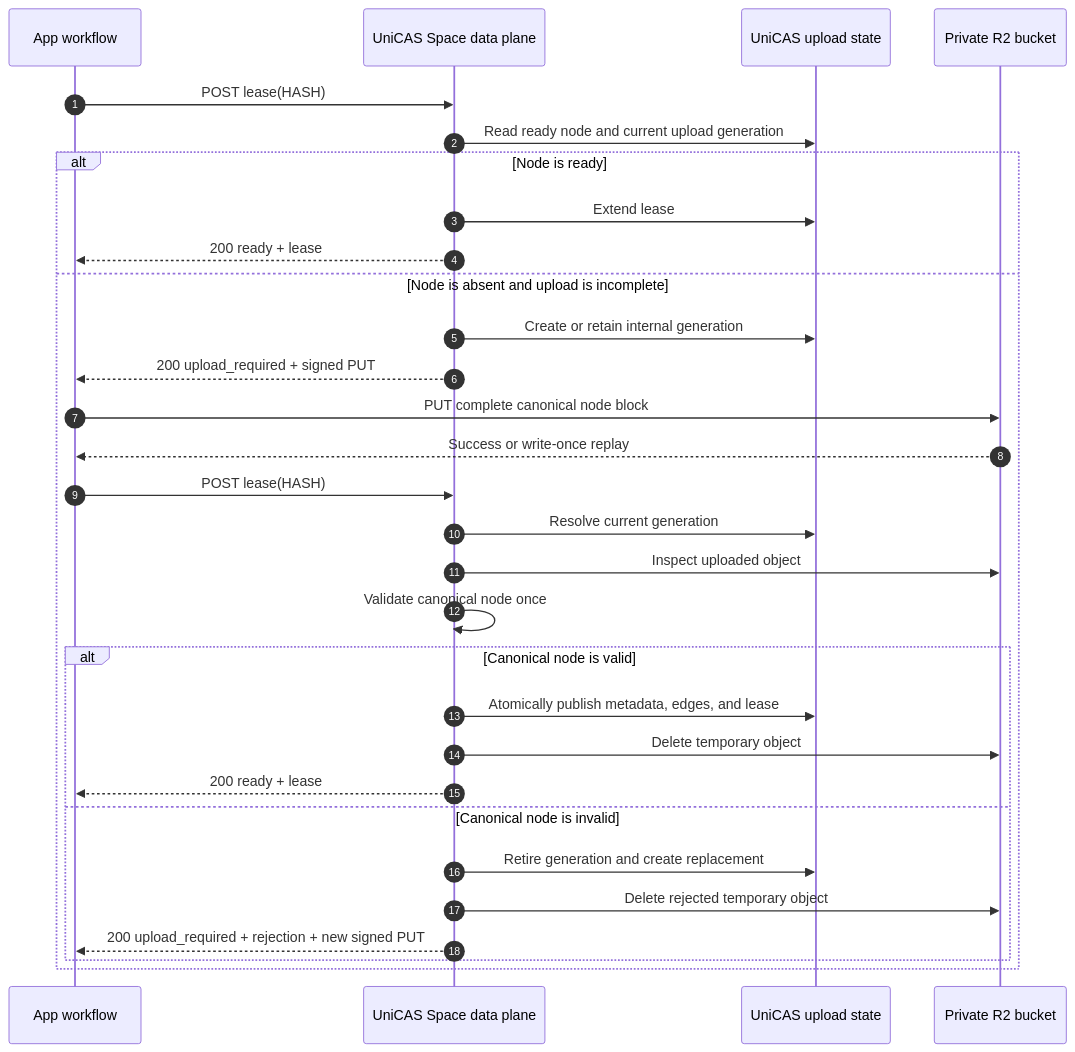
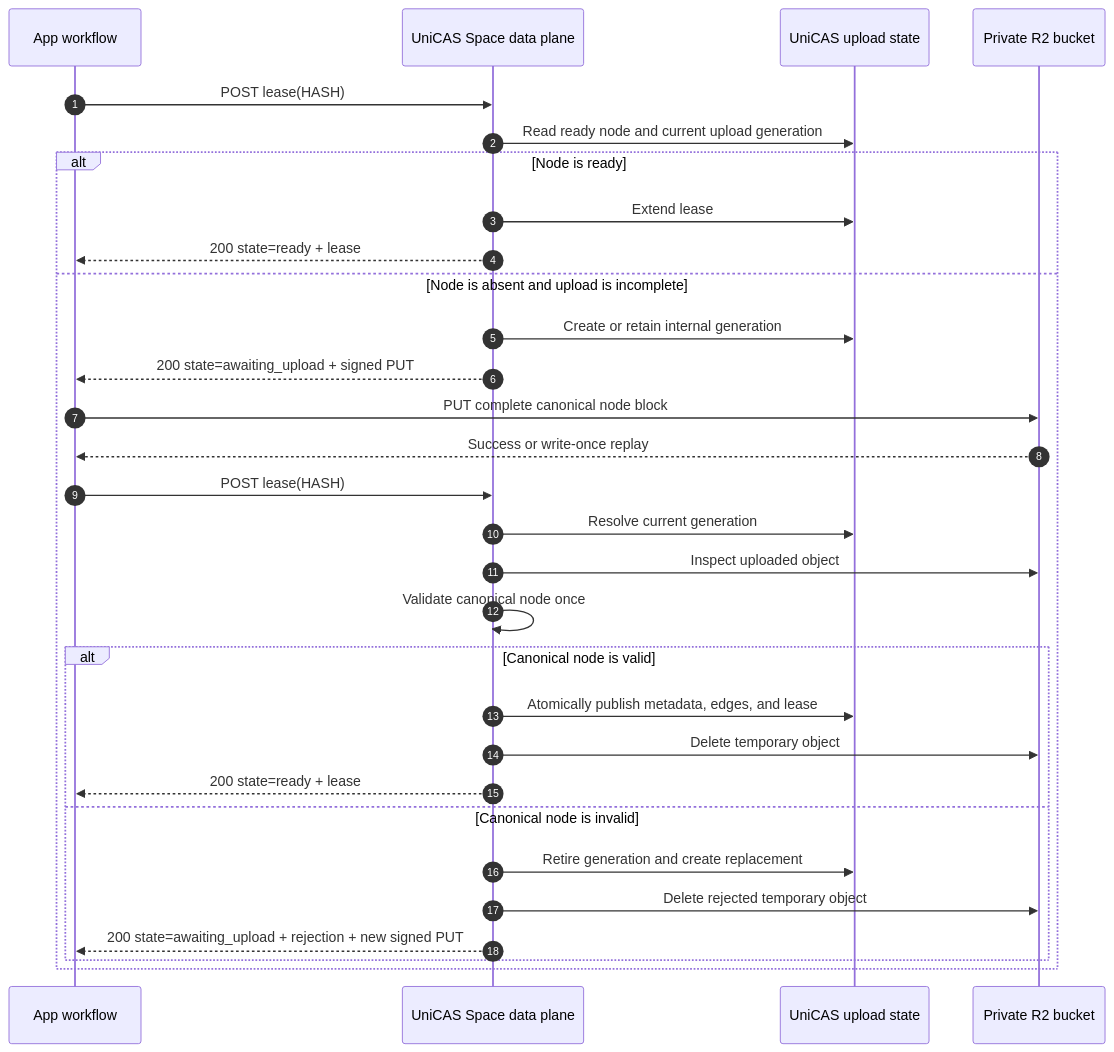
The first of 2 diagrams in tasks/complete-direct-node-upload/LeaseUploadDesign.md (shazhou-ww/unicas), drawn with Mermaid before and after one commit. The commit also changed other lines of this file, not shown here.

Commit message:
docs: align lease responses with upload states

````diff
--- a/tasks/complete-direct-node-upload/LeaseUploadDesign.md
+++ b/tasks/complete-direct-node-upload/LeaseUploadDesign.md
@@ -149,33 +172,33 @@
 ```mermaid
 sequenceDiagram
     autonumber
     participant App as App workflow
     participant CAS as UniCAS Space data plane
     participant State as UniCAS upload state
     participant R2 as Private R2 bucket
 
     App->>CAS: POST lease(HASH)
     CAS->>State: Read ready node and current upload generation
     alt Node is ready
         CAS->>State: Extend lease
-        CAS-->>App: 200 ready + lease
+        CAS-->>App: 200 state=ready + lease
     else Node is absent and upload is incomplete
         CAS->>State: Create or retain internal generation
-        CAS-->>App: 200 upload_required + signed PUT
+        CAS-->>App: 200 state=awaiting_upload + signed PUT
         App->>R2: PUT complete canonical node block
         R2-->>App: Success or write-once replay
         App->>CAS: POST lease(HASH)
         CAS->>State: Resolve current generation
         CAS->>R2: Inspect uploaded object
         CAS->>CAS: Validate canonical node once
         alt Canonical node is valid
             CAS->>State: Atomically publish metadata, edges, and lease
             CAS->>R2: Delete temporary object
-            CAS-->>App: 200 ready + lease
+            CAS-->>App: 200 state=ready + lease
         else Canonical node is invalid
             CAS->>State: Retire generation and create replacement
             CAS->>R2: Delete rejected temporary object
-            CAS-->>App: 200 upload_required + rejection + new signed PUT
+            CAS-->>App: 200 state=awaiting_upload + rejection + new signed PUT
         end
     end
 ```
````
